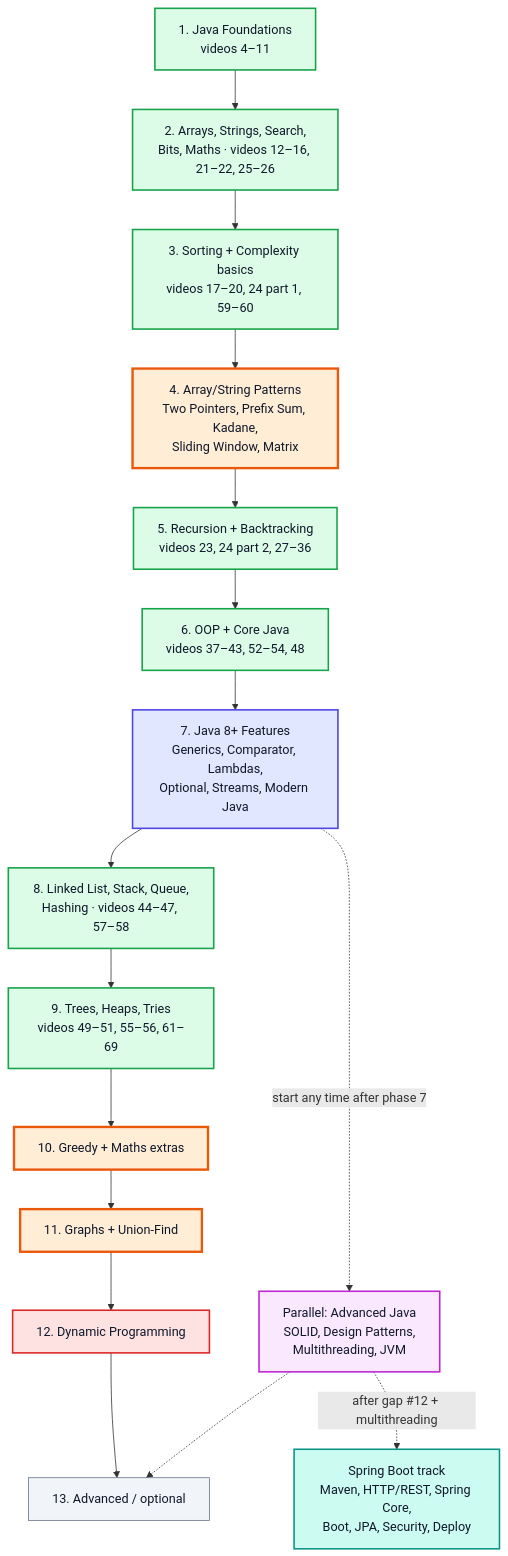
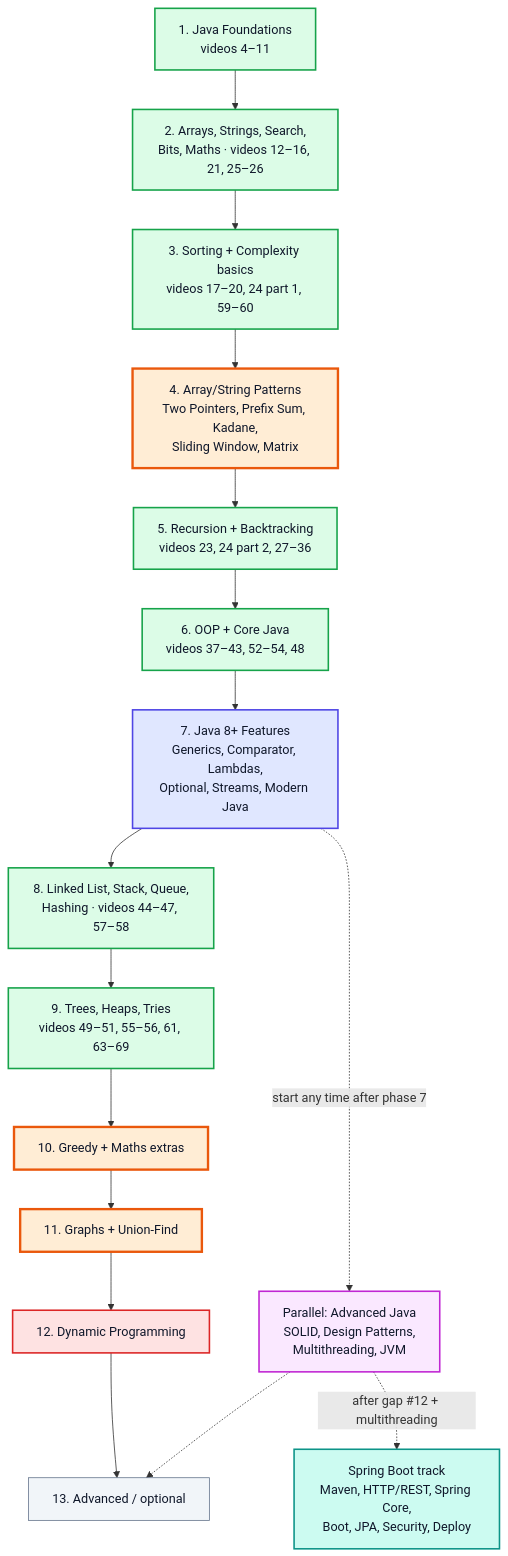
One commit to sarthakm10/Java_Notes_Kunal_DSA_PlayList changed the first of 3 diagrams in java_dsa_study_roadmap.md. Above: the diagram before and after it, drawn with Mermaid. The commit also changed other lines of this file and 8 other files, not shown here.

````diff
--- a/java_dsa_study_roadmap.md
+++ b/java_dsa_study_roadmap.md
@@ -45,25 +50,25 @@
 ```mermaid
 flowchart TD
-    P1["1. Java Foundations<br/>videos 4–11"]:::good --> P2["2. Arrays, Strings, Search,<br/>Bits, Maths · videos 12–16, 21–22, 25–26"]:::good
+    P1["1. Java Foundations<br/>videos 4–11"]:::good --> P2["2. Arrays, Strings, Search,<br/>Bits, Maths · videos 12–16, 21, 25–26"]:::good
     P2 --> P3["3. Sorting + Complexity basics<br/>videos 17–20, 24 part 1, 59–60"]:::good
     P3 --> P4["4. Array/String Patterns<br/>Two Pointers, Prefix Sum, Kadane,<br/>Sliding Window, Matrix"]:::highlight
     P4 --> P5["5. Recursion + Backtracking<br/>videos 23, 24 part 2, 27–36"]:::good
     P5 --> P6["6. OOP + Core Java<br/>videos 37–43, 52–54, 48"]:::good
     P6 --> P7["7. Java 8+ Features<br/>Generics, Comparator, Lambdas,<br/>Optional, Streams, Modern Java"]:::process
     P7 --> P8["8. Linked List, Stack, Queue,<br/>Hashing · videos 44–47, 57–58"]:::good
-    P8 --> P9["9. Trees, Heaps, Tries<br/>videos 49–51, 55–56, 61–69"]:::good
+    P8 --> P9["9. Trees, Heaps, Tries<br/>videos 49–51, 55–56, 61, 63–69"]:::good
     P9 --> P10["10. Greedy + Maths extras"]:::highlight
     P10 --> P11["11. Graphs + Union-Find"]:::highlight
     P11 --> P12["12. Dynamic Programming"]:::bad
     P12 --> P13["13. Advanced / optional"]:::muted
     P7 -.->|"start any time after phase 7"| PJ["Parallel: Advanced Java<br/>SOLID, Design Patterns,<br/>Multithreading, JVM"]:::io
     PJ -.-> P13
     PJ -.->|"after gap #12 + multithreading"| PS["Spring Boot track<br/>Maven, HTTP/REST, Spring Core,<br/>Boot, JPA, Security, Deploy"]:::startend
     classDef startend fill:#ccfbf1,stroke:#0d9488,stroke-width:2px,color:#0f172a
     classDef good fill:#dcfce7,stroke:#16a34a,stroke-width:2px,color:#0f172a
     classDef highlight fill:#ffedd5,stroke:#ea580c,stroke-width:3px,color:#0f172a
     classDef process fill:#e0e7ff,stroke:#4f46e5,stroke-width:2px,color:#0f172a
     classDef bad fill:#fee2e2,stroke:#dc2626,stroke-width:2px,color:#0f172a
     classDef muted fill:#f1f5f9,stroke:#64748b,stroke-width:1px,color:#0f172a
     classDef io fill:#fae8ff,stroke:#c026d3,stroke-width:2px,color:#0f172a
 ```
````
